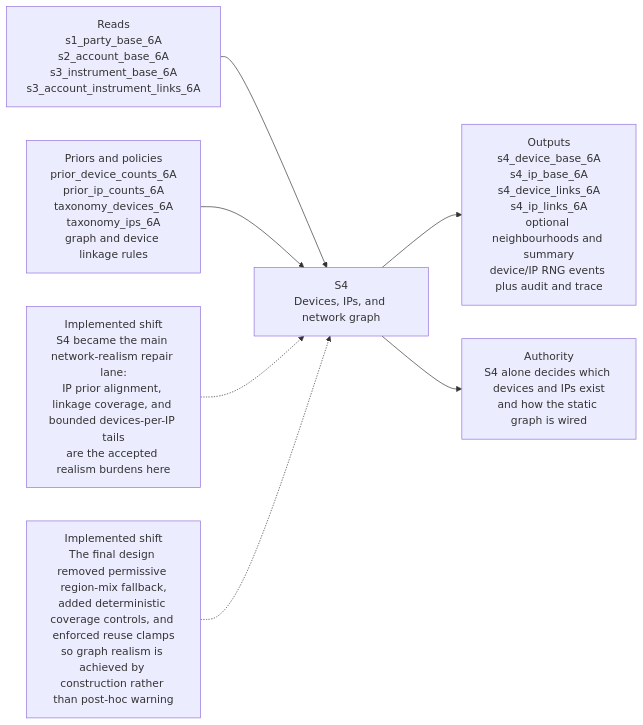
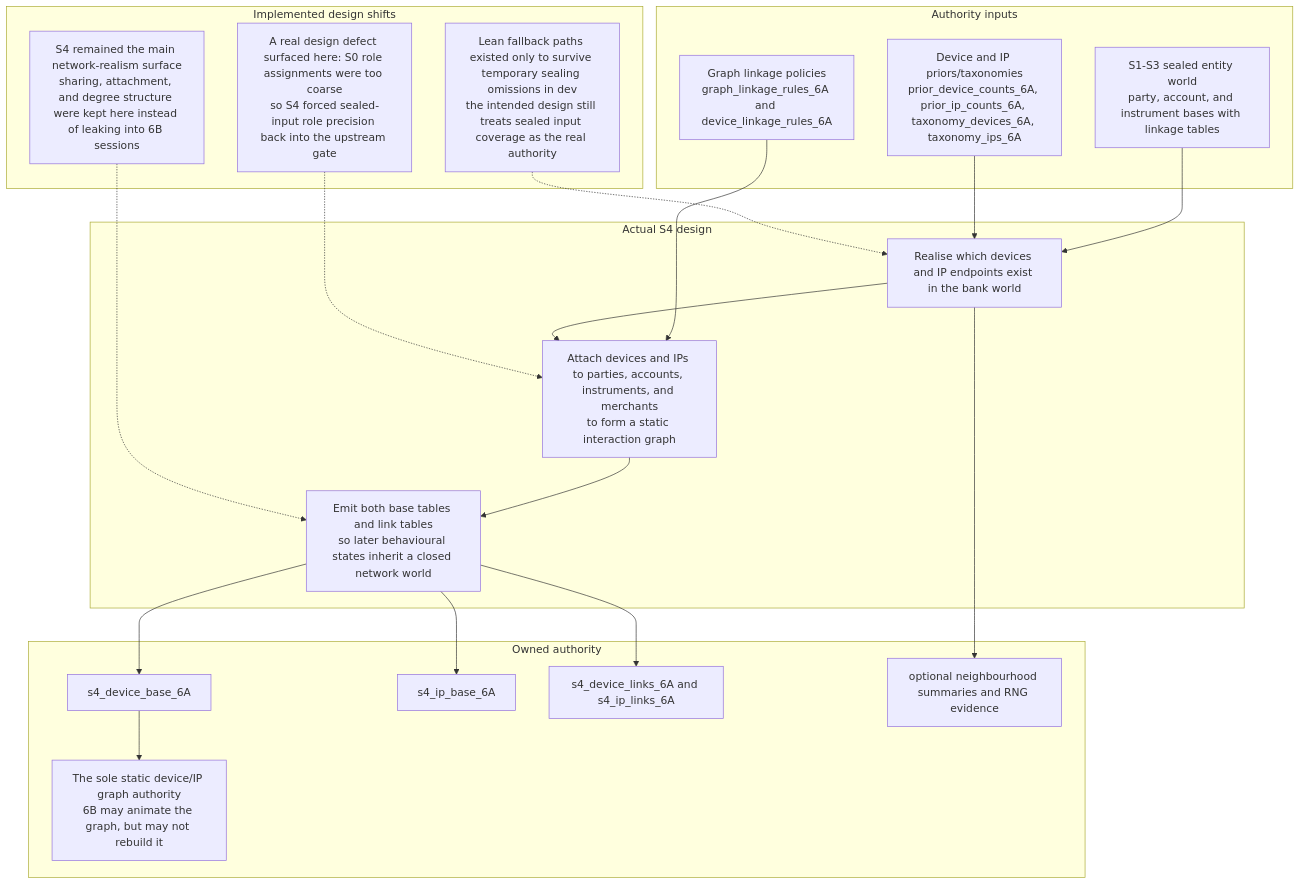
Before and after one commit to EsosaOrumwese/fraud-detection-system: the diagram in docs/design/data-engine/layer-3/6A/6A-S4-design-flow.mmd, drawn with Mermaid. The commit also changed 23 other files, not shown here.

First line of the commit message:
Refactor design flows for layers 6A and 6B to enhance clarity and structure

```diff
--- a/docs/design/data-engine/layer-3/6A/6A-S4-design-flow.mmd
+++ b/docs/design/data-engine/layer-3/6A/6A-S4-design-flow.mmd
@@ -1,18 +1,41 @@
-flowchart LR
-  I1["Reads<br/>s1_party_base_6A<br/>s2_account_base_6A<br/>s3_instrument_base_6A<br/>s3_account_instrument_links_6A"]
-  I2["Priors and policies<br/>prior_device_counts_6A<br/>prior_ip_counts_6A<br/>taxonomy_devices_6A<br/>taxonomy_ips_6A<br/>graph and device linkage rules"]
+flowchart TD
+  subgraph inputs["Authority inputs"]
+    I1["S1-S3 sealed entity world<br/>party, account, and instrument bases with linkage tables"]
+    I2["Device and IP priors/taxonomies<br/>prior_device_counts_6A, prior_ip_counts_6A, taxonomy_devices_6A, taxonomy_ips_6A"]
+    I3["Graph linkage policies<br/>graph_linkage_rules_6A and device_linkage_rules_6A"]
+  end
 
-  S4["S4<br/>Devices, IPs, and network graph"]
+  subgraph core["Actual S4 design"]
+    C1["Realise which devices and IP endpoints exist in the bank world"]
+    C2["Attach devices and IPs to parties, accounts, instruments, and merchants<br/>to form a static interaction graph"]
+    C3["Emit both base tables and link tables<br/>so later behavioural states inherit a closed network world"]
+  end
 
-  O1["Outputs<br/>s4_device_base_6A<br/>s4_ip_base_6A<br/>s4_device_links_6A<br/>s4_ip_links_6A<br/>optional neighbourhoods and summary<br/>device/IP RNG events plus audit and trace"]
-  O2["Authority<br/>S4 alone decides which devices and IPs exist<br/>and how the static graph is wired"]
+  subgraph shifts["Implemented design shifts"]
+    S1["A real design defect surfaced here: S0 role assignments were too coarse<br/>so S4 forced sealed-input role precision back into the upstream gate"]
+    S2["Lean fallback paths existed only to survive temporary sealing omissions in dev<br/>the intended design still treats sealed input coverage as the real authority"]
+    S3["S4 remained the main network-realism surface<br/>sharing, attachment, and degree structure were kept here instead of leaking into 6B sessions"]
+  end
 
-  R1["Implemented shift<br/>S4 became the main network-realism repair lane:<br/>IP prior alignment, linkage coverage, and bounded devices-per-IP tails<br/>are the accepted realism burdens here"]
-  R2["Implemented shift<br/>The final design removed permissive region-mix fallback,<br/>added deterministic coverage controls, and enforced reuse clamps<br/>so graph realism is achieved by construction rather than post-hoc warning"]
+  subgraph outputs["Owned authority"]
+    O1["s4_device_base_6A"]
+    O2["s4_ip_base_6A"]
+    O3["s4_device_links_6A and s4_ip_links_6A"]
+    O4["optional neighbourhood summaries and RNG evidence"]
+    O5["The sole static device/IP graph authority<br/>6B may animate the graph, but may not rebuild it"]
+  end
 
-  I1 --> S4
-  I2 --> S4
-  S4 --> O1
-  S4 --> O2
-  R1 -.-> S4
-  R2 -.-> S4
+  I1 --> C1
+  I2 --> C1
+  I3 --> C2
+  C1 --> C2 --> C3
+
+  C3 --> O1
+  C3 --> O2
+  C3 --> O3
+  C1 --> O4
+  O1 --> O5
+
+  S1 -.-> C2
+  S2 -.-> C1
+  S3 -.-> C3
```
